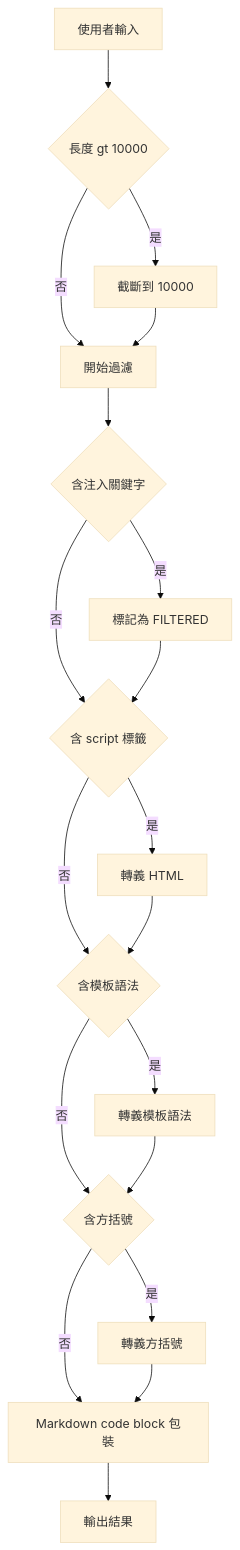
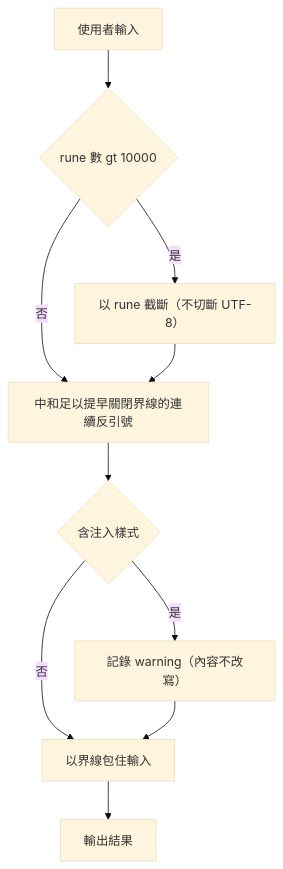
Before and after one commit to chiisen/mini_bot.go: the fifth of 5 diagrams in README.md, drawn with Mermaid (base theme). The commit also changed other lines of this file and 4 other files, not shown here.

````diff
--- a/README.md
+++ b/README.md
@@ -340,29 +349,14 @@
 ```mermaid
 flowchart TD
-    input["使用者輸入"] --> length{"長度 gt 10000"}
-    length -->|"是"| truncate["截斷到 10000"]
-    length -->|"否"| sanitize["開始過濾"]
-    truncate --> sanitize
+    input["使用者輸入"] --> length{"rune 數 gt 10000"}
+    length -->|"是"| truncate["以 rune 截斷（不切斷 UTF-8）"]
+    length -->|"否"| fence
 
-    sanitize --> injection{"含注入關鍵字"}
-    injection -->|"是"| mark["標記為 FILTERED"]
-    injection -->|"否"| xss
+    truncate --> fence["中和足以提早關閉界線的連續反引號"]
+    fence --> detect{"含注入樣式"}
+    detect -->|"是"| log["記錄 warning（內容不改寫）"]
+    detect -->|"否"| wrap
 
-    mark --> xss
-    xss{"含 script 標籤"}
-    xss -->|"是"| escape_html["轉義 HTML"]
-    xss -->|"否"| template
-
-    escape_html --> template
-    template{"含模板語法"}
-    template -->|"是"| escape_template["轉義模板語法"]
-    template -->|"否"| bracket
-
-    escape_template --> bracket
-    bracket{"含方括號"}
-    bracket -->|"是"| escape_bracket["轉義方括號"]
-    bracket -->|"否"| wrap
-
-    escape_bracket --> wrap
-    wrap["Markdown code block 包裝"] --> output["輸出結果"]
+    log --> wrap
+    wrap["以界線包住輸入"] --> output["輸出結果"]
 ```
````
